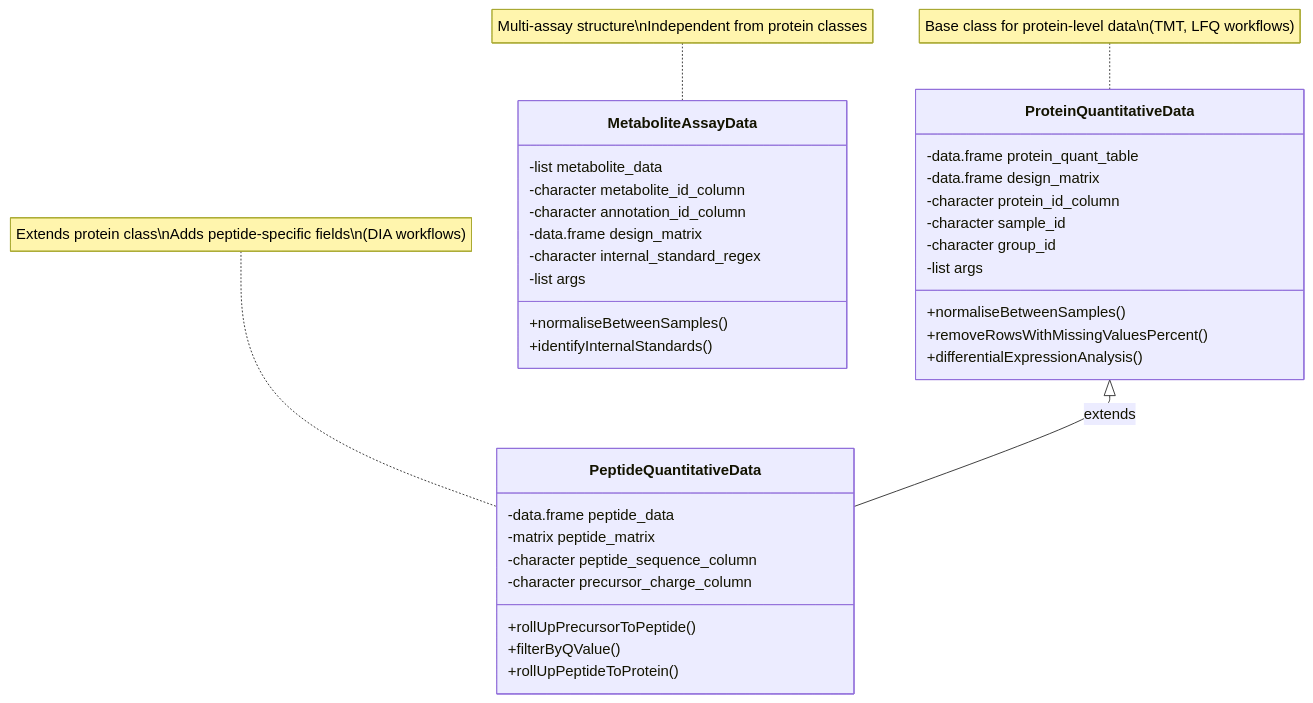
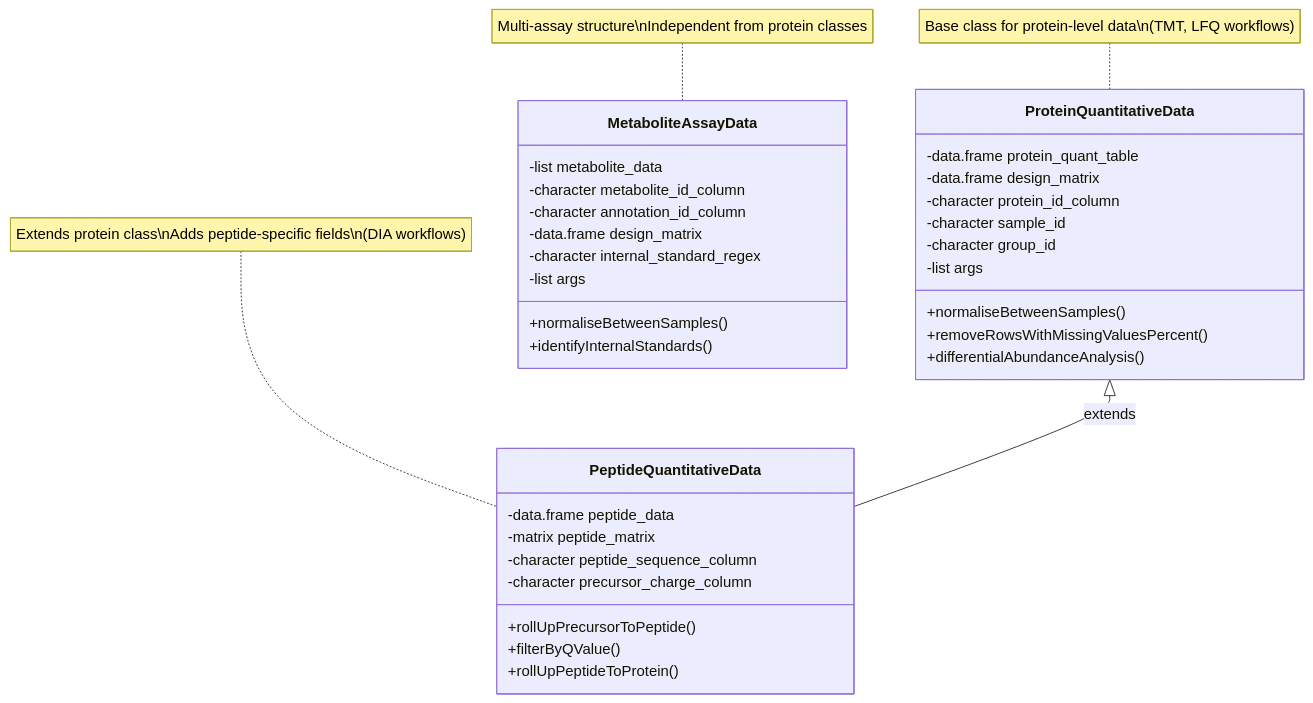
Before and after one commit to APAF-bioinformatics/MultiScholaR: the first of 15 diagrams in docs/dummies_guide_to_multischolar.md, drawn with Mermaid. The commit also changed other lines of this file and 115 other files, not shown here.

````diff
--- a/docs/dummies_guide_to_multischolar.md
+++ b/docs/dummies_guide_to_multischolar.md
@@ -632,41 +632,41 @@
 ```mermaid
 classDiagram
     class ProteinQuantitativeData {
         -data.frame protein_quant_table
         -data.frame design_matrix
         -character protein_id_column
         -character sample_id
         -character group_id
         -list args
         +normaliseBetweenSamples()
         +removeRowsWithMissingValuesPercent()
-        +differentialExpressionAnalysis()
+        +differentialAbundanceAnalysis()
     }
     
     class PeptideQuantitativeData {
         -data.frame peptide_data
         -matrix peptide_matrix
         -character peptide_sequence_column
         -character precursor_charge_column
         +rollUpPrecursorToPeptide()
         +filterByQValue()
         +rollUpPeptideToProtein()
     }
     
     class MetaboliteAssayData {
         -list metabolite_data
         -character metabolite_id_column
         -character annotation_id_column
         -data.frame design_matrix
         -character internal_standard_regex
         -list args
         +normaliseBetweenSamples()
         +identifyInternalStandards()
     }
     
     ProteinQuantitativeData <|-- PeptideQuantitativeData : extends
     
     note for ProteinQuantitativeData "Base class for protein-level data\n(TMT, LFQ workflows)"
     note for PeptideQuantitativeData "Extends protein class\nAdds peptide-specific fields\n(DIA workflows)"
     note for MetaboliteAssayData "Multi-assay structure\nIndependent from protein classes"
 ```
````
